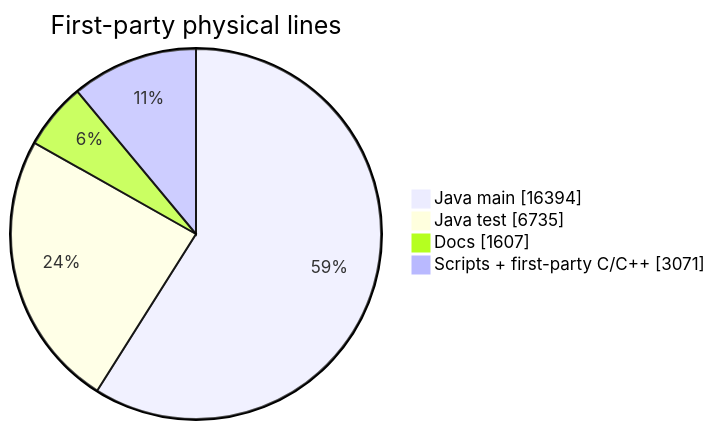
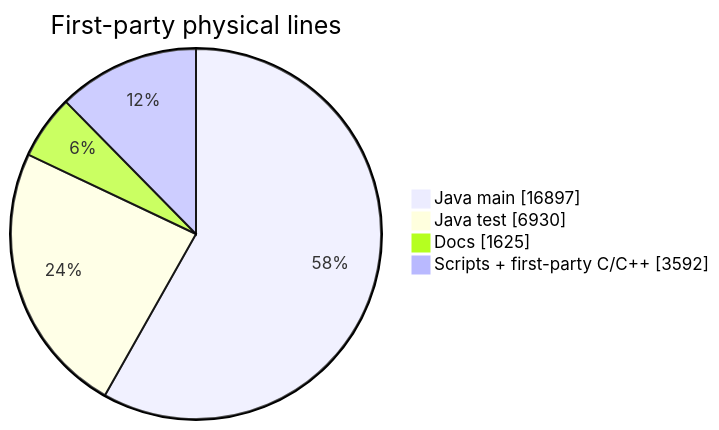
The first of 2 diagrams in docs/stats.md (chris-piekarski/hot-iron), drawn with Mermaid before and after one commit. The commit also changed other lines of this file and 517 other files, not shown here.

````diff
--- a/docs/stats.md
+++ b/docs/stats.md
@@ -30,8 +30,8 @@
 ```mermaid
 pie showData
     title First-party physical lines
-    "Java main" : 16394
-    "Java test" : 6735
-    "Docs" : 1607
-    "Scripts + first-party C/C++" : 3071
+    "Java main" : 16897
+    "Java test" : 6930
+    "Docs" : 1625
+    "Scripts + first-party C/C++" : 3592
 ```
````
